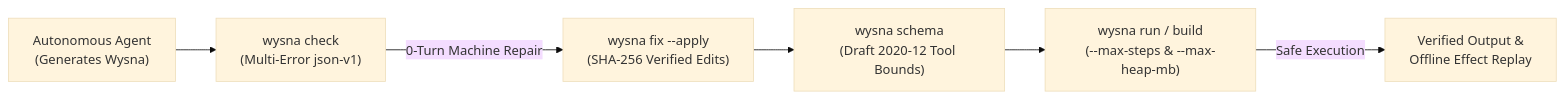
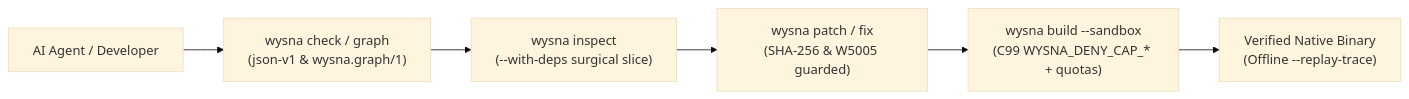
Before and after one commit to WashingtonYandun/Wysna: the first of 2 diagrams in README.md, drawn with Mermaid (base theme). The commit also changed other lines of this file and 2 other files, not shown here.

Commit message:
docs(readme): overhaul README for v0.7.0 candidate and ignore code blocks in markdown link check

````diff
--- a/README.md
+++ b/README.md
@@ -88,8 +81,8 @@
 ```mermaid
 flowchart LR
-    A["Autonomous Agent<br/>(Generates Wysna)"] --> B["wysna check<br/>(Multi-Error json-v1)"]
-    B -->|0-Turn Machine Repair| C["wysna fix --apply<br/>(SHA-256 Verified Edits)"]
-    C --> D["wysna schema<br/>(Draft 2020-12 Tool Bounds)"]
-    D --> E["wysna run / build<br/>(--max-steps & --max-heap-mb)"]
-    E -->|Safe Execution| F["Verified Output &<br/>Offline Effect Replay"]
+    A["AI Agent / Developer"] --> B["wysna check / graph\n(json-v1 & wysna.graph/1)"]
+    B --> C["wysna inspect\n(--with-deps surgical slice)"]
+    C --> D["wysna patch / fix\n(SHA-256 & W5005 guarded)"]
+    D --> E["wysna build --sandbox\n(C99 WYSNA_DENY_CAP_* + quotas)"]
+    E --> F["Verified Native Binary\n(Offline --replay-trace)"]
 ```
````
